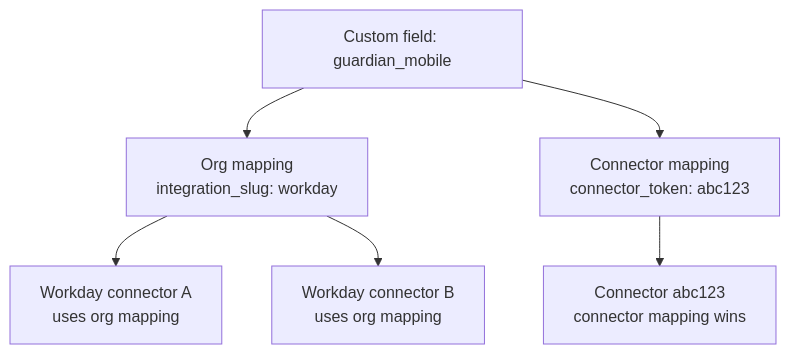
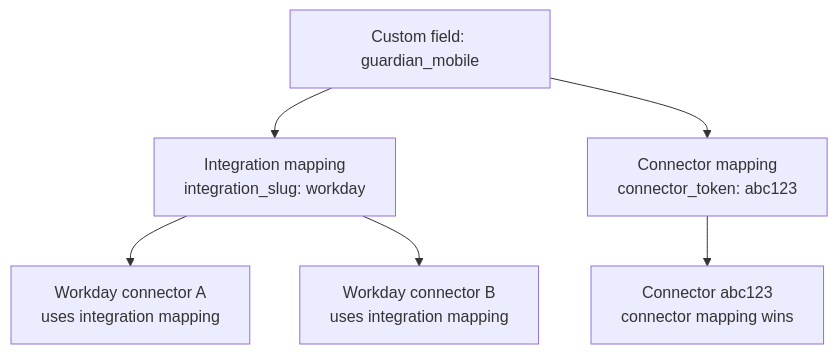
One commit to kaval1810/bindbee-docs-test changed the second of 2 diagrams in guides/extending/custom-fields.mdx. Above: the diagram before and after it, drawn with Mermaid. The commit also changed other lines of this file and 29 other files, not shown here.

````diff
--- a/guides/extending/custom-fields.mdx
+++ b/guides/extending/custom-fields.mdx
@@ -34,8 +38,8 @@
 ```mermaid
 flowchart TD
-    A["Custom field: guardian_mobile"] --> B["Org mapping<br/>integration_slug: workday"]
+    A["Custom field: guardian_mobile"] --> B["Integration mapping<br/>integration_slug: workday"]
     A --> C["Connector mapping<br/>connector_token: abc123"]
-    B --> D["Workday connector A<br/>uses org mapping"]
-    B --> E["Workday connector B<br/>uses org mapping"]
+    B --> D["Workday connector A<br/>uses integration mapping"]
+    B --> E["Workday connector B<br/>uses integration mapping"]
     C --> F["Connector abc123<br/>connector mapping wins"]
 ```
````
